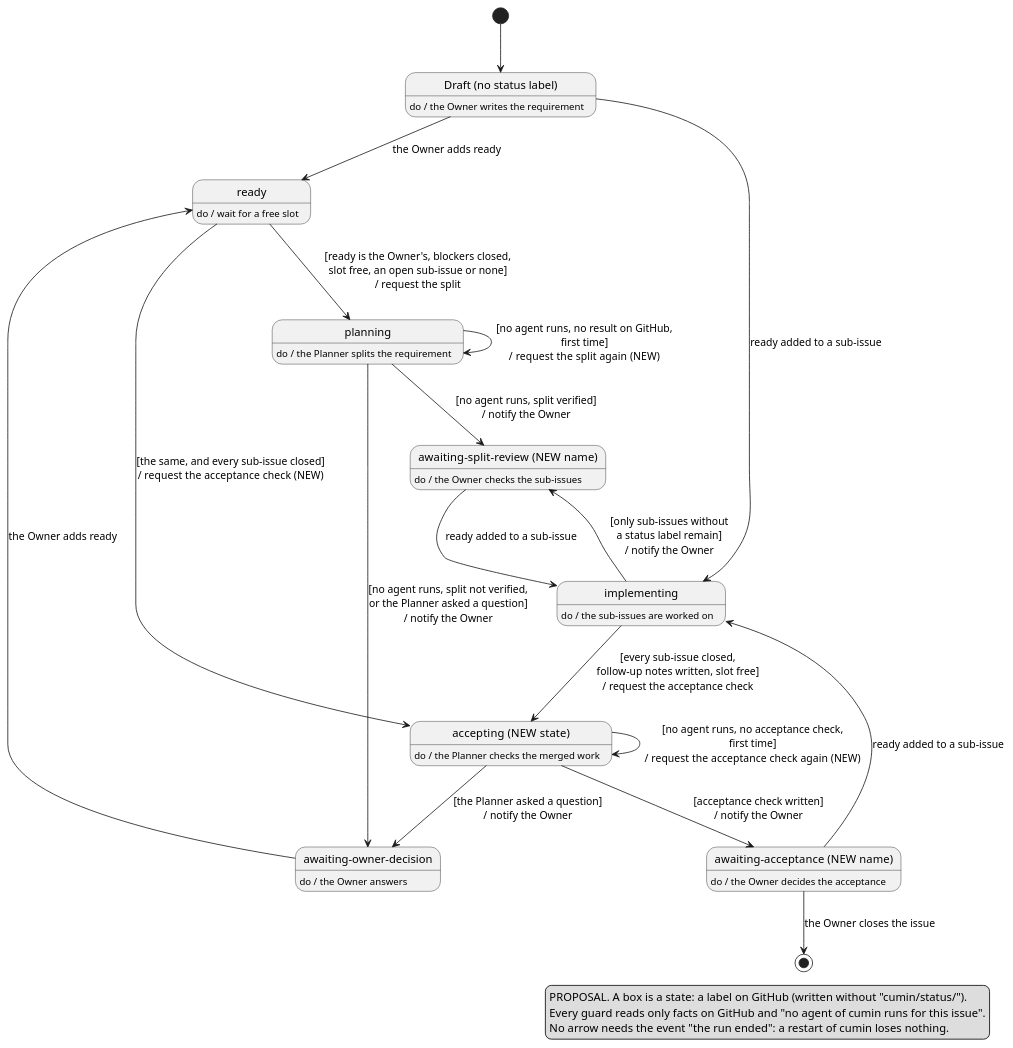
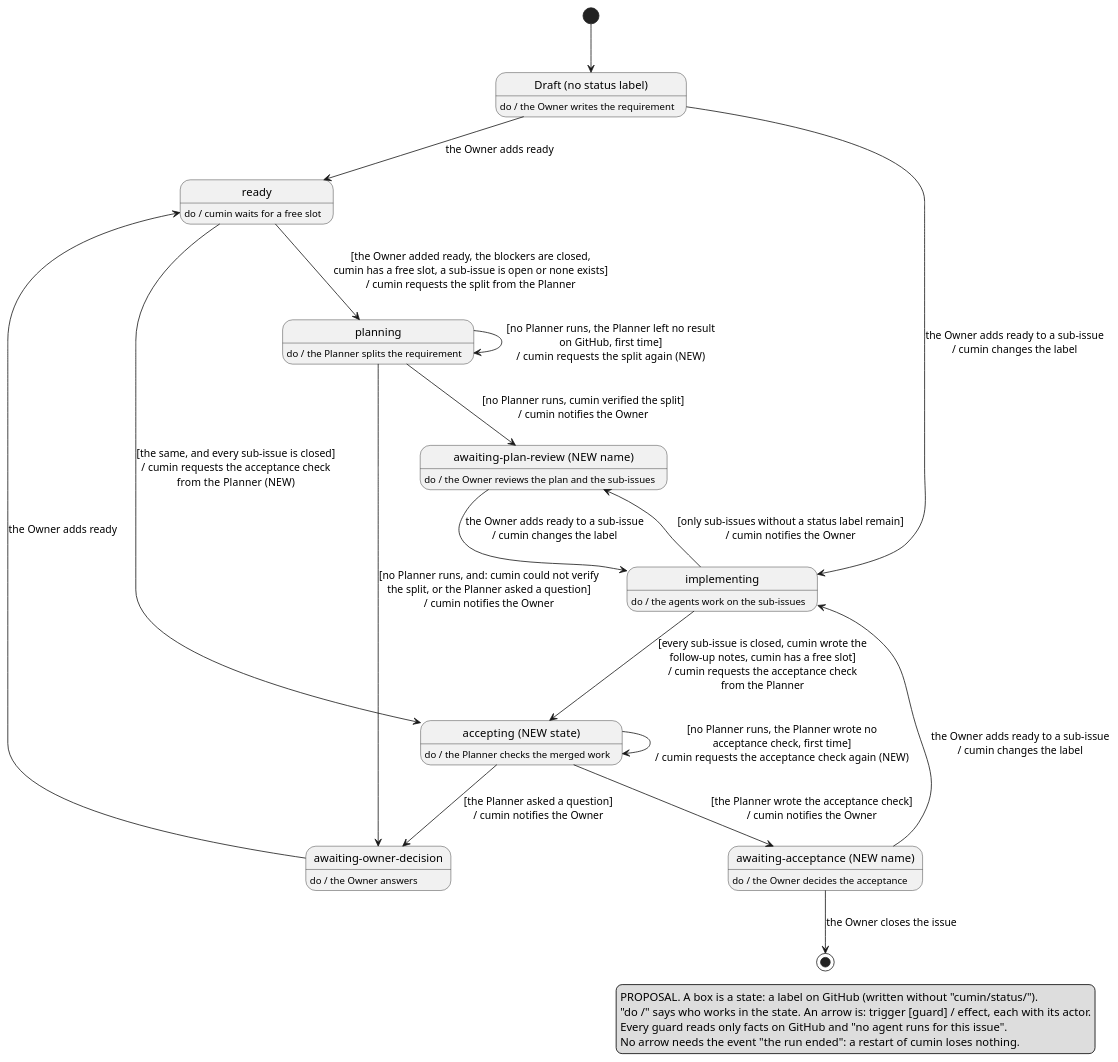
One commit to cloveclovedev/cumin-works changed the diagram in docs/ja/requirements/workflow/proposal-requirement-issue-states.puml. Above: the diagram before and after it, drawn with PlantUML. The commit also changed 5 other files, not shown here.

First line of the commit message:
docs(requirements): name who acts on every activity, guard, and effect of the proposal diagrams

```diff
--- a/docs/ja/requirements/workflow/proposal-requirement-issue-states.puml
+++ b/docs/ja/requirements/workflow/proposal-requirement-issue-states.puml
@@ -1,56 +1,58 @@
 @startuml proposal-requirement-issue-states
 ' cumin works - PROPOSAL, not the rule of today: states of a requirement issue, as they could be.
 ' Differences from today are marked NEW. See the draft pull request for the reasons.
+' Every activity, guard, and effect names who acts: cumin, the Planner, or the Owner.
 ' Render: run scripts/render-diagrams.sh at the root of the repository.
 
 hide empty description
 
 state "Draft (no status label)" as Draft
 Draft : do / the Owner writes the requirement
 
 state "ready" as Ready
-Ready : do / wait for a free slot
+Ready : do / cumin waits for a free slot
 
 state "planning" as Planning
 Planning : do / the Planner splits the requirement
 
-state "awaiting-split-review  (NEW name)" as PlanReview
-PlanReview : do / the Owner checks the sub-issues
+state "awaiting-plan-review  (NEW name)" as PlanReview
+PlanReview : do / the Owner reviews the plan and the sub-issues
 
 state "implementing" as Implementing
-Implementing : do / the sub-issues are worked on
+Implementing : do / the agents work on the sub-issues
 
 state "accepting  (NEW state)" as Accepting
 Accepting : do / the Planner checks the merged work
 
 state "awaiting-acceptance  (NEW name)" as Acceptance
 Acceptance : do / the Owner decides the acceptance
 
 state "awaiting-owner-decision" as Decision
 Decision : do / the Owner answers
 
 [*] --> Draft
 Draft --> Ready : the Owner adds ready
-Draft --> Implementing : ready added to a sub-issue
-Ready --> Planning : [ready is the Owner's, blockers closed,\nslot free, an open sub-issue or none]\n/ request the split
-Ready --> Accepting : [the same, and every sub-issue closed]\n/ request the acceptance check  (NEW)
-Planning --> PlanReview : [no agent runs, split verified]\n/ notify the Owner
-Planning --> Planning : [no agent runs, no result on GitHub,\nfirst time]\n/ request the split again  (NEW)
-Planning --> Decision : [no agent runs, split not verified,\nor the Planner asked a question]\n/ notify the Owner
-PlanReview --> Implementing : ready added to a sub-issue
-Implementing --> Accepting : [every sub-issue closed,\nfollow-up notes written, slot free]\n/ request the acceptance check
-Implementing --> PlanReview : [only sub-issues without\na status label remain]\n/ notify the Owner
-Accepting --> Acceptance : [acceptance check written]\n/ notify the Owner
-Accepting --> Accepting : [no agent runs, no acceptance check,\nfirst time]\n/ request the acceptance check again  (NEW)
-Accepting --> Decision : [the Planner asked a question]\n/ notify the Owner
-Acceptance --> Implementing : ready added to a sub-issue
+Draft --> Implementing : the Owner adds ready to a sub-issue\n/ cumin changes the label
+Ready --> Planning : [the Owner added ready, the blockers are closed,\ncumin has a free slot, a sub-issue is open or none exists]\n/ cumin requests the split from the Planner
+Ready --> Accepting : [the same, and every sub-issue is closed]\n/ cumin requests the acceptance check\nfrom the Planner  (NEW)
+Planning --> PlanReview : [no Planner runs, cumin verified the split]\n/ cumin notifies the Owner
+Planning --> Planning : [no Planner runs, the Planner left no result\non GitHub, first time]\n/ cumin requests the split again  (NEW)
+Planning --> Decision : [no Planner runs, and: cumin could not verify\nthe split, or the Planner asked a question]\n/ cumin notifies the Owner
+PlanReview --> Implementing : the Owner adds ready to a sub-issue\n/ cumin changes the label
+Implementing --> Accepting : [every sub-issue is closed, cumin wrote the\nfollow-up notes, cumin has a free slot]\n/ cumin requests the acceptance check\nfrom the Planner
+Implementing --> PlanReview : [only sub-issues without a status label remain]\n/ cumin notifies the Owner
+Accepting --> Acceptance : [the Planner wrote the acceptance check]\n/ cumin notifies the Owner
+Accepting --> Accepting : [no Planner runs, the Planner wrote no\nacceptance check, first time]\n/ cumin requests the acceptance check again  (NEW)
+Accepting --> Decision : [the Planner asked a question]\n/ cumin notifies the Owner
+Acceptance --> Implementing : the Owner adds ready to a sub-issue\n/ cumin changes the label
 Acceptance --> [*] : the Owner closes the issue
 Decision --> Ready : the Owner adds ready
 
 legend right
   PROPOSAL. A box is a state: a label on GitHub (written without "cumin/status/").
-  Every guard reads only facts on GitHub and "no agent of cumin runs for this issue".
+  "do /" says who works in the state. An arrow is: trigger [guard] / effect, each with its actor.
+  Every guard reads only facts on GitHub and "no agent runs for this issue".
   No arrow needs the event "the run ended": a restart of cumin loses nothing.
 endlegend
 
 @enduml
```
